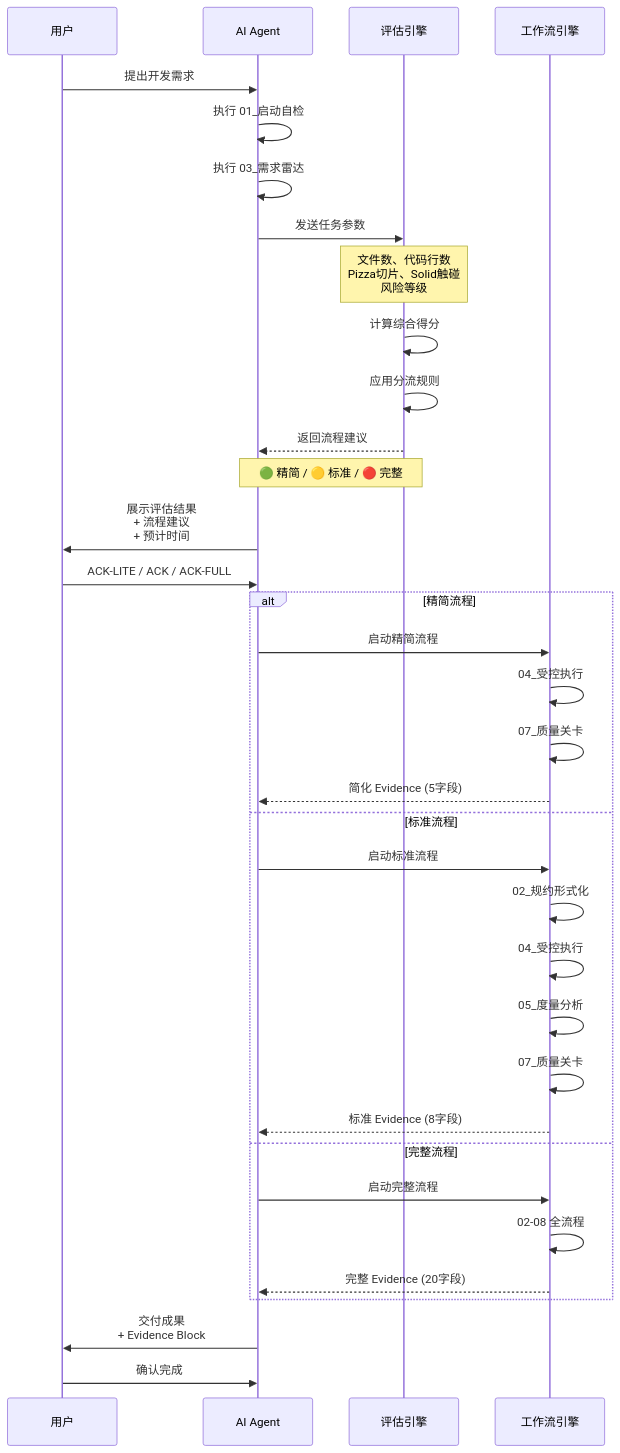
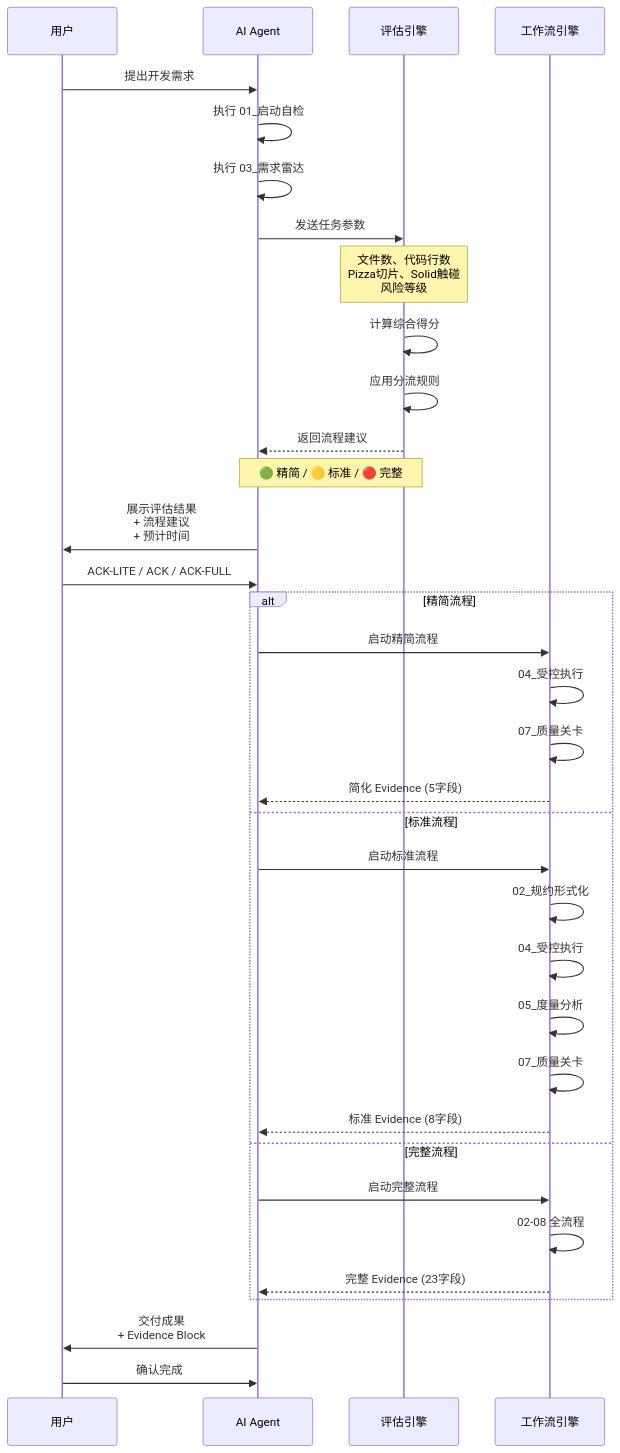
Before and after one commit to zhaozhendong0608/common-workflows-java: the fifth of 6 diagrams in docs/architecture/智能分流架构图.md, drawn with Mermaid. The commit also changed other lines of this file and 8 other files, not shown here.

````diff
--- a/docs/architecture/智能分流架构图.md
+++ b/docs/architecture/智能分流架构图.md
@@ -351,45 +351,45 @@
 ```mermaid
 sequenceDiagram
     participant U as 用户
     participant AI as AI Agent
     participant E as 评估引擎
     participant W as 工作流引擎
     
     U->>AI: 提出开发需求
     AI->>AI: 执行 01_启动自检
     AI->>AI: 执行 03_需求雷达
     
     AI->>E: 发送任务参数
     Note over E: 文件数、代码行数<br/>Pizza切片、Solid触碰<br/>风险等级
     
     E->>E: 计算综合得分
     E->>E: 应用分流规则
     
     E-->>AI: 返回流程建议
     Note over E,AI: 🟢 精简 / 🟡 标准 / 🔴 完整
     
     AI->>U: 展示评估结果<br/>+ 流程建议<br/>+ 预计时间
     
     U->>AI: ACK-LITE / ACK / ACK-FULL
     
     alt 精简流程
         AI->>W: 启动精简流程
         W->>W: 04_受控执行
         W->>W: 07_质量关卡
         W-->>AI: 简化 Evidence (5字段)
     else 标准流程
         AI->>W: 启动标准流程
         W->>W: 02_规约形式化
         W->>W: 04_受控执行
         W->>W: 05_度量分析
         W->>W: 07_质量关卡
         W-->>AI: 标准 Evidence (8字段)
     else 完整流程
         AI->>W: 启动完整流程
         W->>W: 02-08 全流程
-        W-->>AI: 完整 Evidence (20字段)
+        W-->>AI: 完整 Evidence (23字段)
     end
     
     AI->>U: 交付成果<br/>+ Evidence Block
     U->>AI: 确认完成
 ```
````
